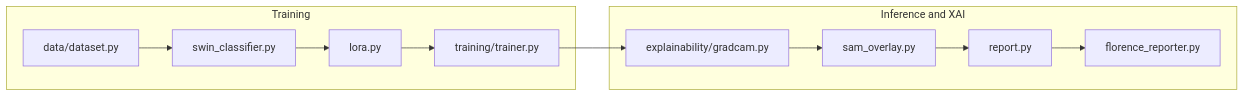
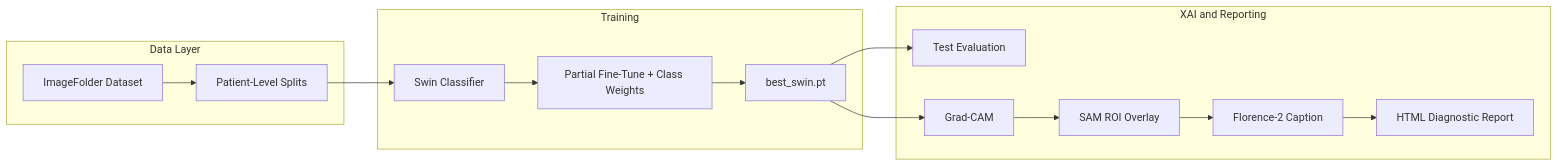
One commit to engrsakib/LLM-Prompt-Injection-Threat-Detection-Using-Deep-Learning changed the diagram in README.md. Above: the diagram before and after it, drawn with Mermaid. The commit also changed other lines of this file, not shown here.

````diff
--- a/README.md
+++ b/README.md
@@ -74,14 +33,20 @@
 ```mermaid
 flowchart LR
+  subgraph data [Data Layer]
+    DS[ImageFolder Dataset]
+    SPL[Patient-Level Splits]
+    DS --> SPL
+  end
   subgraph train [Training]
-    Data[data/dataset.py] --> Swin[swin_classifier.py]
-    Swin --> LoRA[lora.py]
-    LoRA --> Trainer[training/trainer.py]
+    SPL --> Swin[Swin Classifier]
+    Swin --> FT[Partial Fine-Tune + Class Weights]
+    FT --> CKPT[best_swin.pt]
   end
-  subgraph infer [Inference and XAI]
-    Trainer --> GradCAM[explainability/gradcam.py]
-    GradCAM --> SAM[sam_overlay.py]
-    SAM --> Report[report.py]
-    Report --> Florence[florence_reporter.py]
+  subgraph xai [XAI and Reporting]
+    CKPT --> Eval[Test Evaluation]
+    CKPT --> GC[Grad-CAM]
+    GC --> SAM[SAM ROI Overlay]
+    SAM --> F2[Florence-2 Caption]
+    F2 --> HTML[HTML Diagnostic Report]
   end
 ```
````
